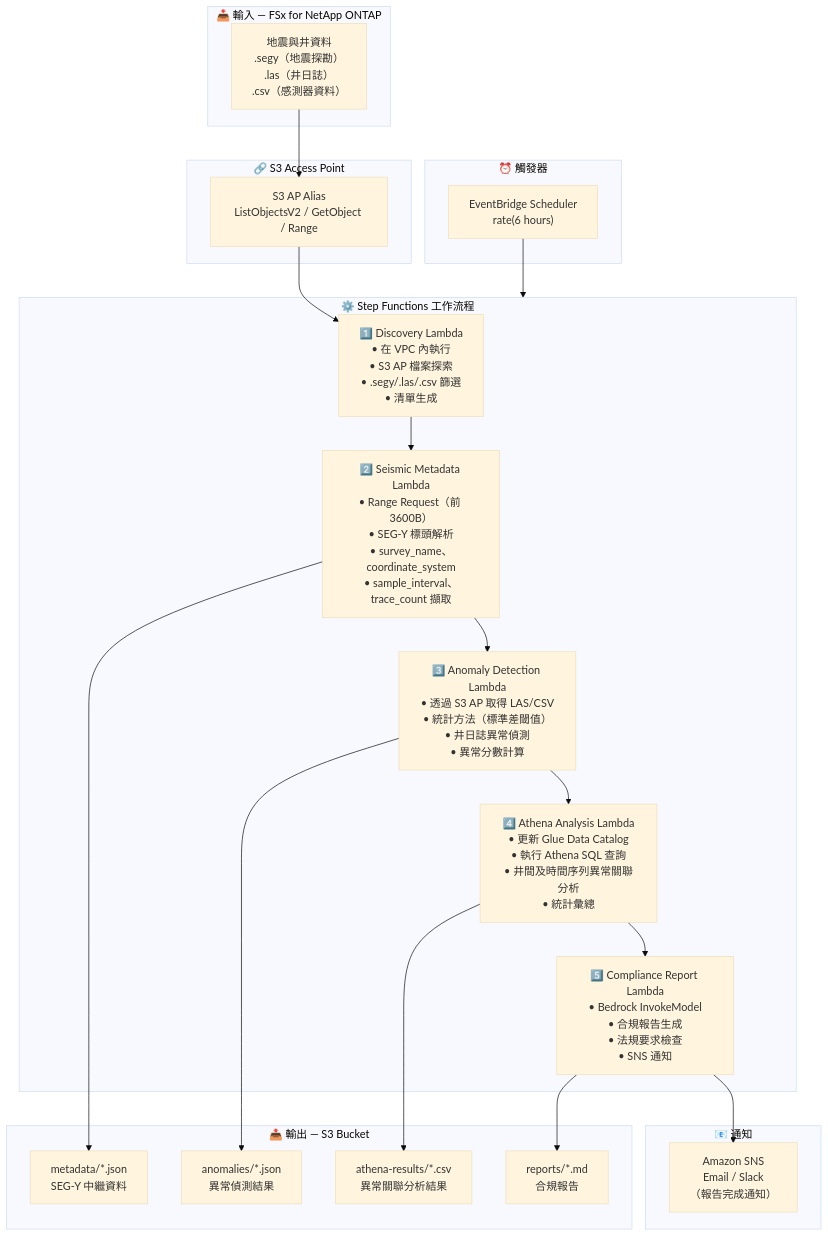
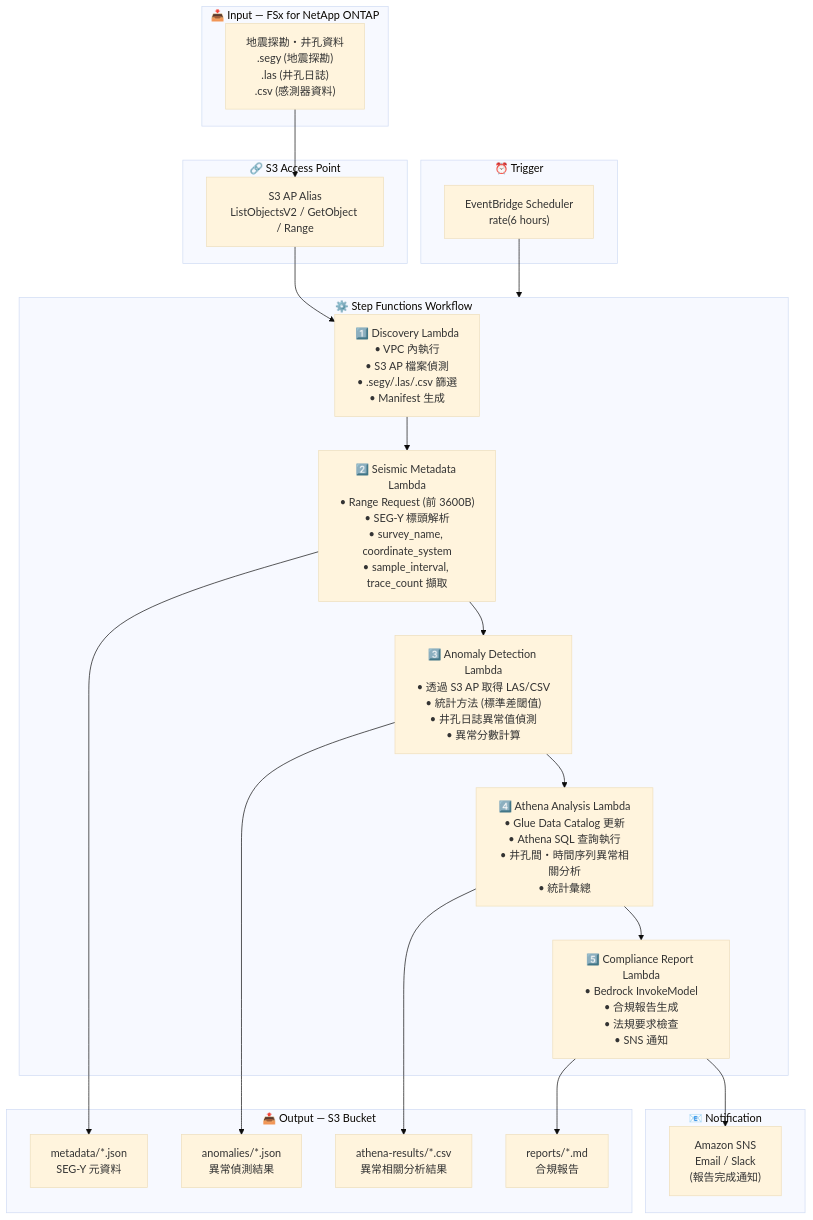
One commit to Yoshiki0705/FSx-for-ONTAP-S3AccessPoints-Serverless-Patterns changed the diagram in energy-seismic/docs/architecture.zh-TW.md. Above: the diagram before and after it, drawn with Mermaid (base theme). The commit also changed other lines of this file and 54 other files, not shown here.

````diff
--- a/energy-seismic/docs/architecture.zh-TW.md
+++ b/energy-seismic/docs/architecture.zh-TW.md
@@ -11,46 +13,46 @@
 ```mermaid
 flowchart TB
-    subgraph INPUT["📥 輸入 — FSx for NetApp ONTAP"]
-        DATA["地震與井資料<br/>.segy（地震探勘）<br/>.las（井日誌）<br/>.csv（感測器資料）"]
+    subgraph INPUT["📥 Input — FSx for NetApp ONTAP"]
+        DATA["地震探勘・井孔資料<br/>.segy (地震探勘)<br/>.las (井孔日誌)<br/>.csv (感測器資料)"]
     end
 
     subgraph S3AP["🔗 S3 Access Point"]
         ALIAS["S3 AP Alias<br/>ListObjectsV2 / GetObject / Range"]
     end
 
-    subgraph TRIGGER["⏰ 觸發器"]
+    subgraph TRIGGER["⏰ Trigger"]
         EB["EventBridge Scheduler<br/>rate(6 hours)"]
     end
 
-    subgraph SFN["⚙️ Step Functions 工作流程"]
-        DISC["1️⃣ Discovery Lambda<br/>• 在 VPC 內執行<br/>• S3 AP 檔案探索<br/>• .segy/.las/.csv 篩選<br/>• 清單生成"]
-        SM["2️⃣ Seismic Metadata Lambda<br/>• Range Request（前 3600B）<br/>• SEG-Y 標頭解析<br/>• survey_name、coordinate_system<br/>• sample_interval、trace_count 擷取"]
-        AD["3️⃣ Anomaly Detection Lambda<br/>• 透過 S3 AP 取得 LAS/CSV<br/>• 統計方法（標準差閾值）<br/>• 井日誌異常偵測<br/>• 異常分數計算"]
-        ATH["4️⃣ Athena Analysis Lambda<br/>• 更新 Glue Data Catalog<br/>• 執行 Athena SQL 查詢<br/>• 井間及時間序列異常關聯分析<br/>• 統計彙總"]
+    subgraph SFN["⚙️ Step Functions Workflow"]
+        DISC["1️⃣ Discovery Lambda<br/>• VPC 內執行<br/>• S3 AP 檔案偵測<br/>• .segy/.las/.csv 篩選<br/>• Manifest 生成"]
+        SM["2️⃣ Seismic Metadata Lambda<br/>• Range Request (前 3600B)<br/>• SEG-Y 標頭解析<br/>• survey_name, coordinate_system<br/>• sample_interval, trace_count 擷取"]
+        AD["3️⃣ Anomaly Detection Lambda<br/>• 透過 S3 AP 取得 LAS/CSV<br/>• 統計方法 (標準差閾值)<br/>• 井孔日誌異常值偵測<br/>• 異常分數計算"]
+        ATH["4️⃣ Athena Analysis Lambda<br/>• Glue Data Catalog 更新<br/>• Athena SQL 查詢執行<br/>• 井孔間・時間序列異常相關分析<br/>• 統計彙總"]
         CR["5️⃣ Compliance Report Lambda<br/>• Bedrock InvokeModel<br/>• 合規報告生成<br/>• 法規要求檢查<br/>• SNS 通知"]
     end
 
-    subgraph OUTPUT["📤 輸出 — S3 Bucket"]
-        META["metadata/*.json<br/>SEG-Y 中繼資料"]
+    subgraph OUTPUT["📤 Output — S3 Bucket"]
+        META["metadata/*.json<br/>SEG-Y 元資料"]
         ANOM["anomalies/*.json<br/>異常偵測結果"]
-        ATHOUT["athena-results/*.csv<br/>異常關聯分析結果"]
+        ATHOUT["athena-results/*.csv<br/>異常相關分析結果"]
         REPORT["reports/*.md<br/>合規報告"]
     end
 
-    subgraph NOTIFY["📧 通知"]
-        SNS["Amazon SNS<br/>Email / Slack<br/>（報告完成通知）"]
+    subgraph NOTIFY["📧 Notification"]
+        SNS["Amazon SNS<br/>Email / Slack<br/>(報告完成通知)"]
     end
 
     DATA --> ALIAS
     ALIAS --> DISC
     EB --> SFN
     DISC --> SM
     SM --> AD
     AD --> ATH
     ATH --> CR
     SM --> META
     AD --> ANOM
     ATH --> ATHOUT
     CR --> REPORT
     CR --> SNS
 ```
````
